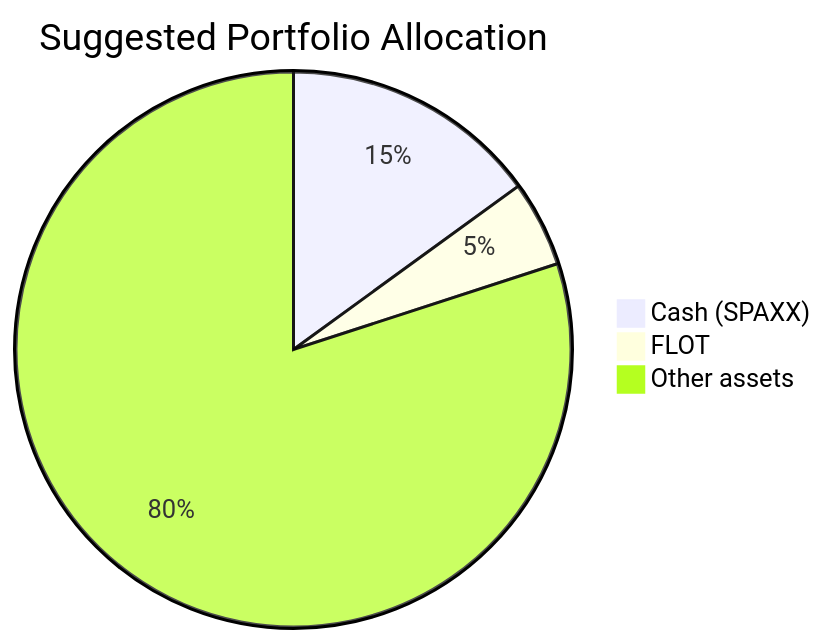
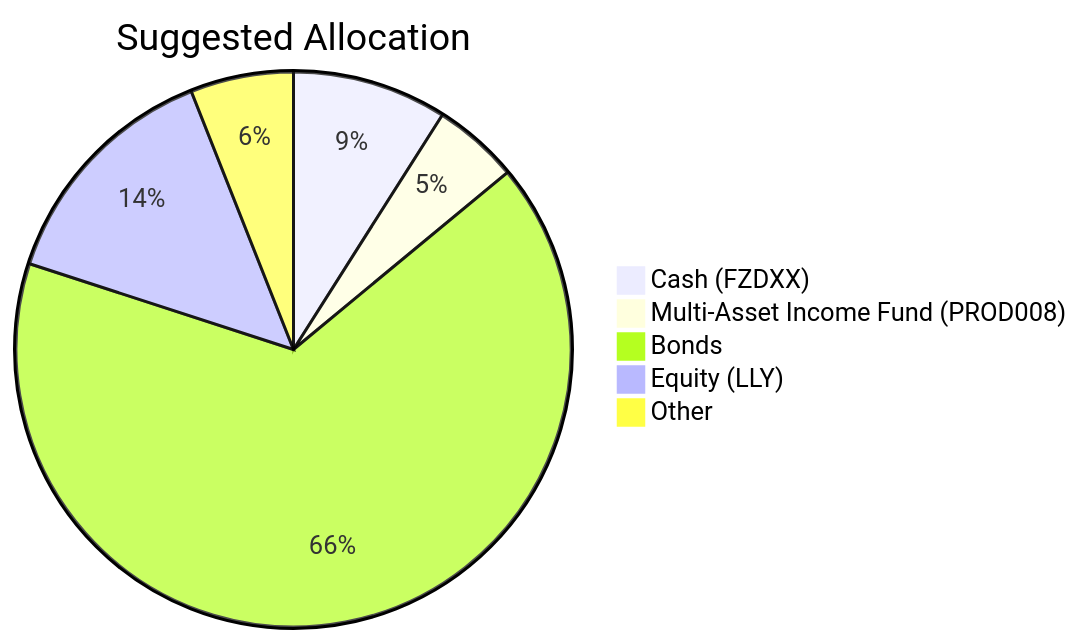
Diagram 14 of 20 in docs/sample outputs/product_investor_matching-deepseek-v4-flash.md (roger249/Bot-collaboration), drawn with Mermaid before and after one commit. The commit also changed other lines of this file and 20 other files, not shown here.

````diff
--- a/docs/sample outputs/product_investor_matching-deepseek-v4-flash.md
+++ b/docs/sample outputs/product_investor_matching-deepseek-v4-flash.md
@@ -329,6 +286,8 @@
 ```mermaid
-pie title Suggested Portfolio Allocation
-    "Cash (SPAXX)" : 15
-    "FLOT" : 5
-    "Other assets" : 80
+pie title Suggested Allocation
+    "Cash (FZDXX)" : 9.0
+    "Multi-Asset Income Fund (PROD008)" : 5.0
+    "Bonds" : 66.0
+    "Equity (LLY)" : 14.0
+    "Other" : 6.0
 ```
````
